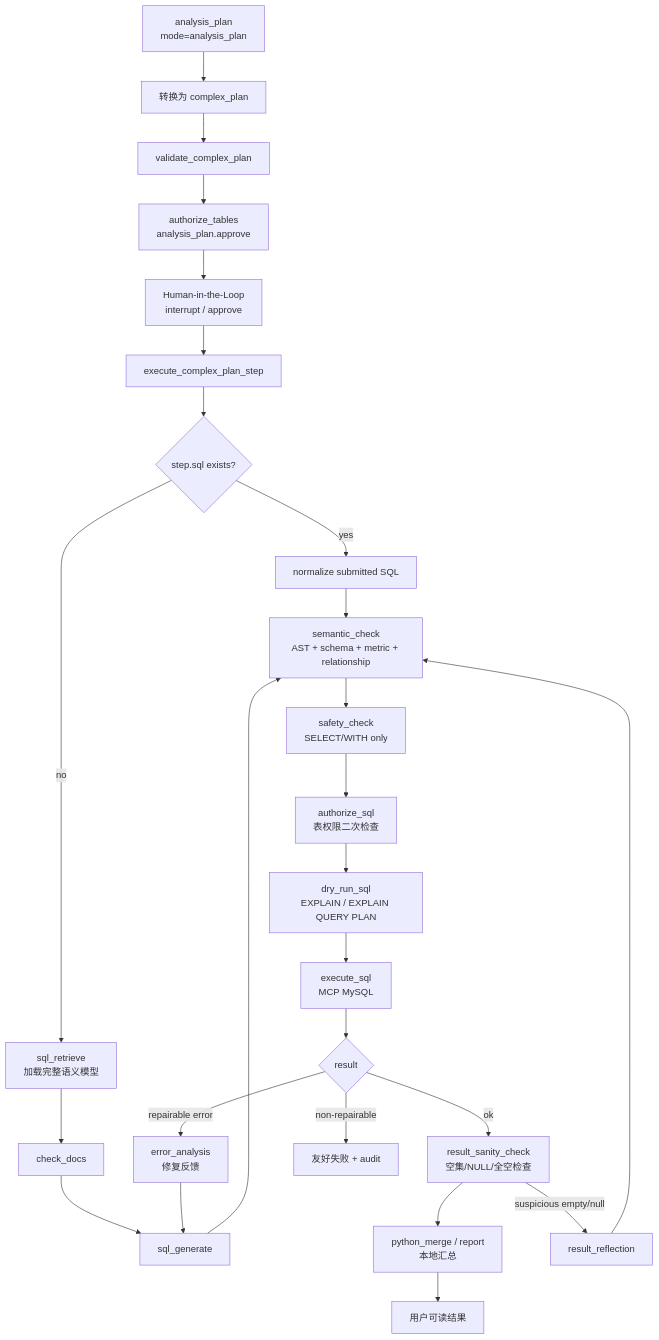
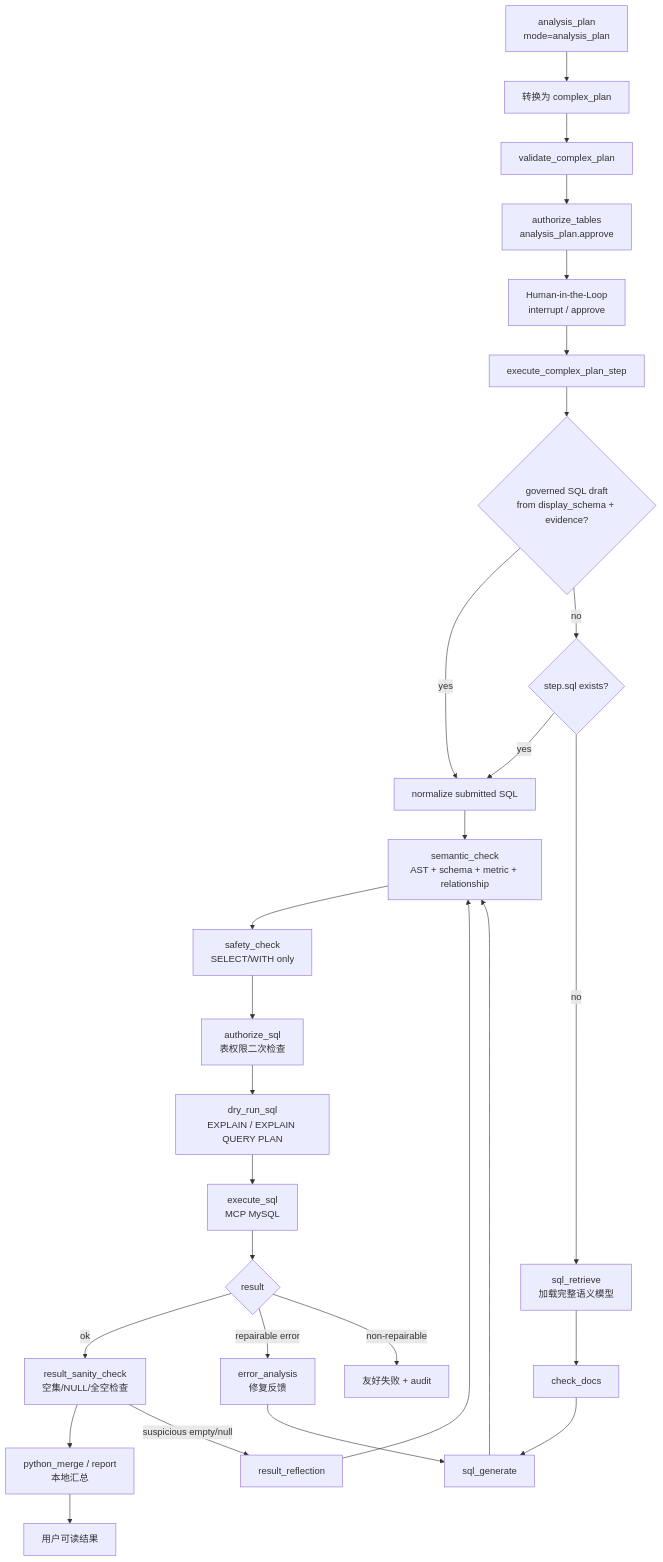
One commit to liangyuzhe/financial-copilot-platform changed the fifth of 7 diagrams in docs/current_architecture.md. Above: the diagram before and after it, drawn with Mermaid. The commit also changed other lines of this file and 24 other files, not shown here.

````diff
--- a/docs/current_architecture.md
+++ b/docs/current_architecture.md
@@ -205,29 +206,31 @@
 ```mermaid
 flowchart TD
     Plan[analysis_plan<br/>mode=analysis_plan] --> Convert[转换为 complex_plan]
     Convert --> Validate[validate_complex_plan]
     Validate --> TableAuth[authorize_tables<br/>analysis_plan.approve]
     TableAuth --> Approval[Human-in-the-Loop<br/>interrupt / approve]
     Approval --> StepLoop[execute_complex_plan_step]
 
-    StepLoop --> HasSQL{step.sql exists?}
+    StepLoop --> Governed{governed SQL draft<br/>from display_schema + evidence?}
+    Governed -->|yes| Normalize[normalize submitted SQL]
+    Governed -->|no| HasSQL{step.sql exists?}
     HasSQL -->|yes| Normalize[normalize submitted SQL]
     HasSQL -->|no| Retrieve[sql_retrieve<br/>加载完整语义模型]
     Retrieve --> CheckDocs[check_docs]
     CheckDocs --> Generate[sql_generate]
     Normalize --> Semantic[semantic_check<br/>AST + schema + metric + relationship]
     Generate --> Semantic
     Semantic --> Safety[safety_check<br/>SELECT/WITH only]
     Safety --> SQLAuth[authorize_sql<br/>表权限二次检查]
     SQLAuth --> DryRun[dry_run_sql<br/>EXPLAIN / EXPLAIN QUERY PLAN]
     DryRun --> Execute[execute_sql<br/>MCP MySQL]
     Execute --> ExecRoute{result}
     ExecRoute -->|ok| Sanity[result_sanity_check<br/>空集/NULL/全空检查]
     Sanity --> Merge[python_merge / report<br/>本地汇总]
     ExecRoute -->|repairable error| ErrorAnalysis[error_analysis<br/>修复反馈]
     ErrorAnalysis --> Generate
     Sanity -->|suspicious empty/null| Reflection[result_reflection]
     Reflection --> Semantic
     ExecRoute -->|non-repairable| Fail[友好失败 + audit]
     Merge --> Answer[用户可读结果]
 ```
````
